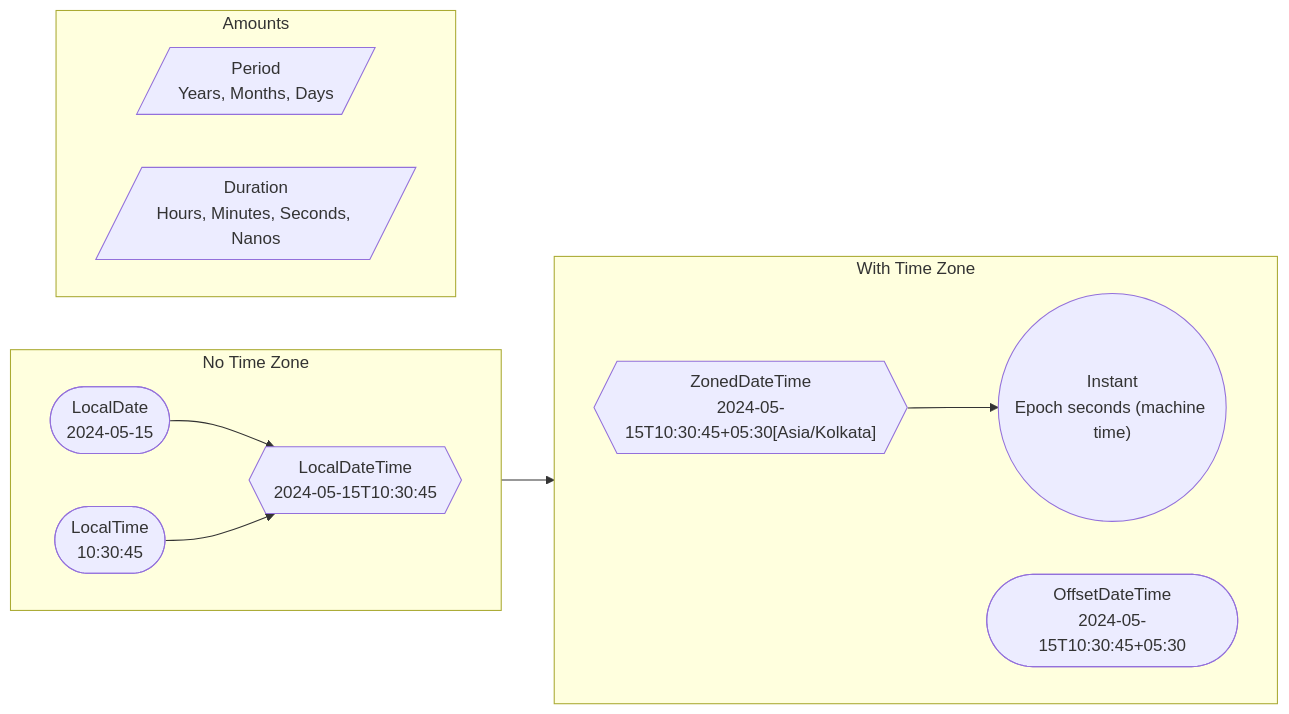
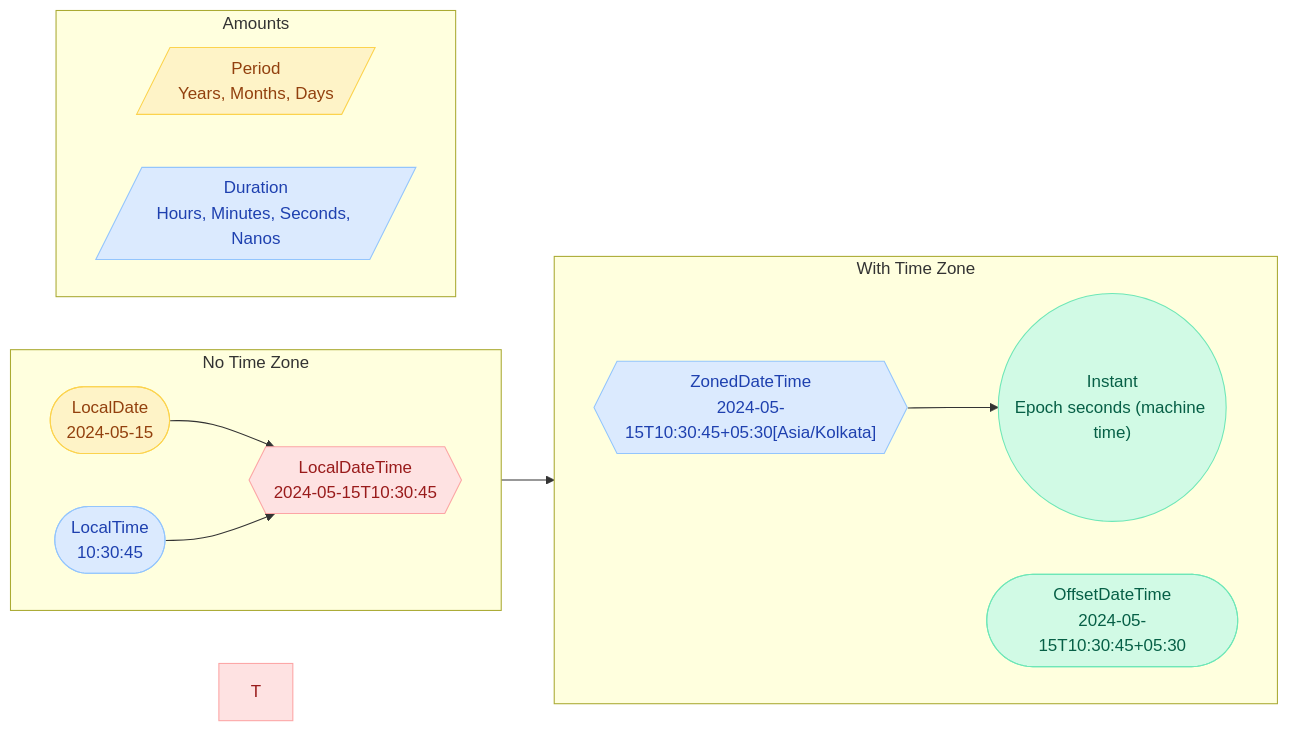
The diagram in docs/java/DateTime.md (saivamsikaruturi/vamsilabs-dev-notes-main), drawn with Mermaid before and after one commit. The commit also changed 220 other files, not shown here.

First line of the commit message:
Add 50+ new Java/Spring Boot pages, rewrite CSS code blocks to Oracle style, fix all diagram colors

````diff
--- a/docs/java/DateTime.md
+++ b/docs/java/DateTime.md
@@ -34,27 +34,37 @@
 ```mermaid
 flowchart LR
     subgraph "No Time Zone"
         direction LR
         LD(["LocalDate<br/>2024-05-15"])
         LT(["LocalTime<br/>10:30:45"])
         LDT{{"LocalDateTime<br/>2024-05-15T10:30:45"}}
     end
 
     subgraph "With Time Zone"
         direction LR
         ZDT{{"ZonedDateTime<br/>2024-05-15T10:30:45+05:30[Asia/Kolkata]"}}
         ODT(["OffsetDateTime<br/>2024-05-15T10:30:45+05:30"])
         I(("Instant<br/>Epoch seconds (machine time)"))
     end
 
     subgraph "Amounts"
         direction LR
         P[/"Period<br/>Years, Months, Days"/]
         D[/"Duration<br/>Hours, Minutes, Seconds, Nanos"/]
     end
 
     LD --> LDT
     LT --> LDT
     LDT --> ZDT
     ZDT --> I
+
+    style D fill:#DBEAFE,stroke:#93C5FD,color:#1E40AF
+    style I fill:#D1FAE5,stroke:#6EE7B7,color:#065F46
+    style LD fill:#FEF3C7,stroke:#FCD34D,color:#92400E
+    style LDT fill:#FEE2E2,stroke:#FCA5A5,color:#991B1B
+    style LT fill:#DBEAFE,stroke:#93C5FD,color:#1E40AF
+    style ODT fill:#D1FAE5,stroke:#6EE7B7,color:#065F46
+    style P fill:#FEF3C7,stroke:#FCD34D,color:#92400E
+    style T fill:#FEE2E2,stroke:#FCA5A5,color:#991B1B
+    style ZDT fill:#DBEAFE,stroke:#93C5FD,color:#1E40AF
 ```
````
